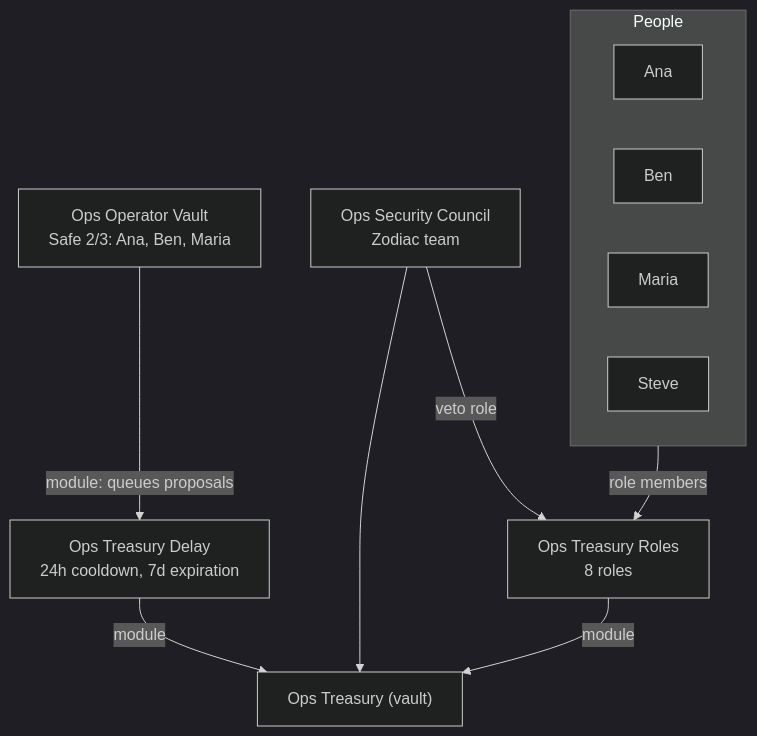
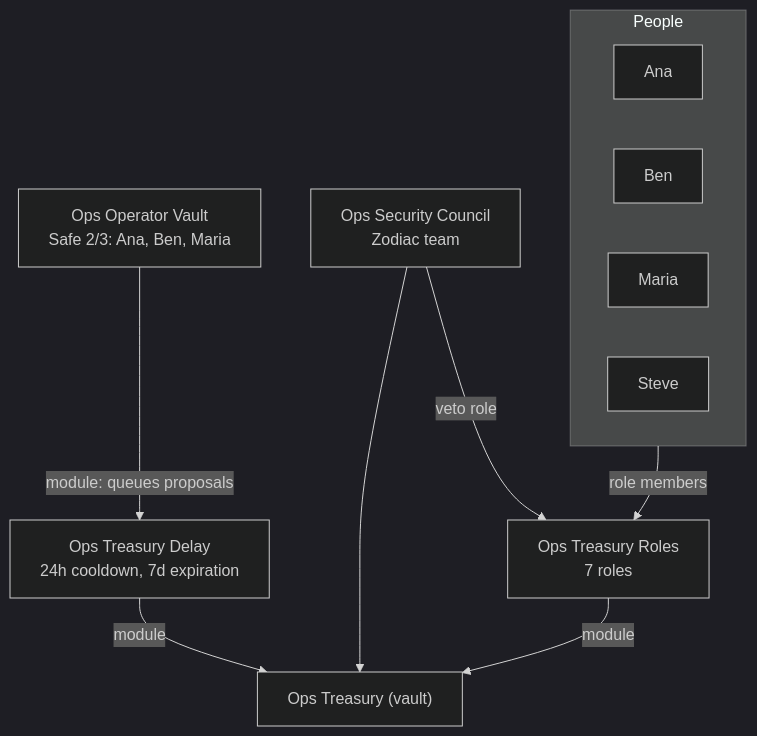
One commit to jomoormann/key-challenge-constellation changed the diagram in README.md. Above: the diagram before and after it, drawn with Mermaid (dark theme). The commit also changed other lines of this file and 9 other files, not shown here.

````diff
--- a/README.md
+++ b/README.md
@@ -13,17 +13,17 @@
 ```mermaid
 flowchart TB
   subgraph people[People]
     Ana; Ben; Maria; Steve
   end
   OV["Ops Operator Vault<br/>Safe 2/3: Ana, Ben, Maria"]
   SC["Ops Security Council<br/>Zodiac team"]
   T["Ops Treasury (vault)"]
   D["Ops Treasury Delay<br/>24h cooldown, 7d expiration"]
-  R["Ops Treasury Roles<br/>8 roles"]
+  R["Ops Treasury Roles<br/>7 roles"]
   SC --> T
   OV -- "module: queues proposals" --> D
   D -- module --> T
   R -- module --> T
   SC -- "veto role" --> R
   people -- "role members" --> R
 ```
````
